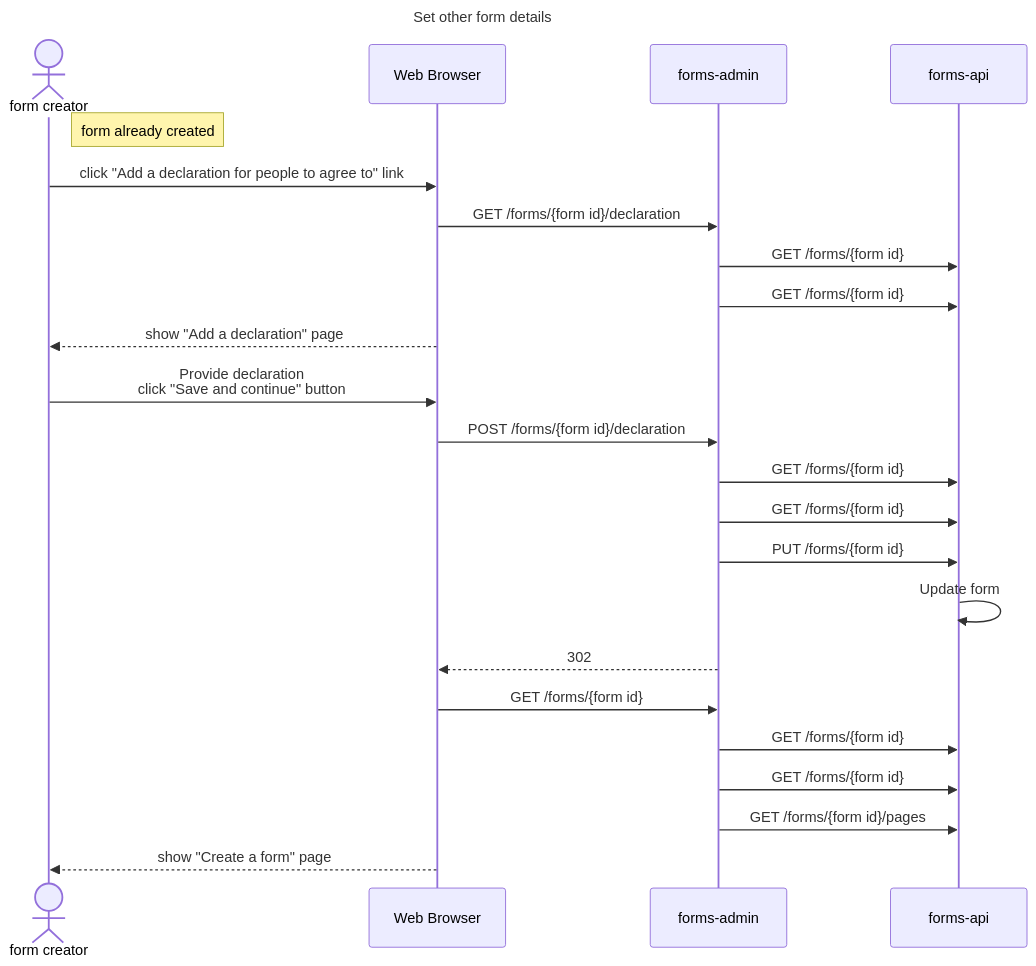
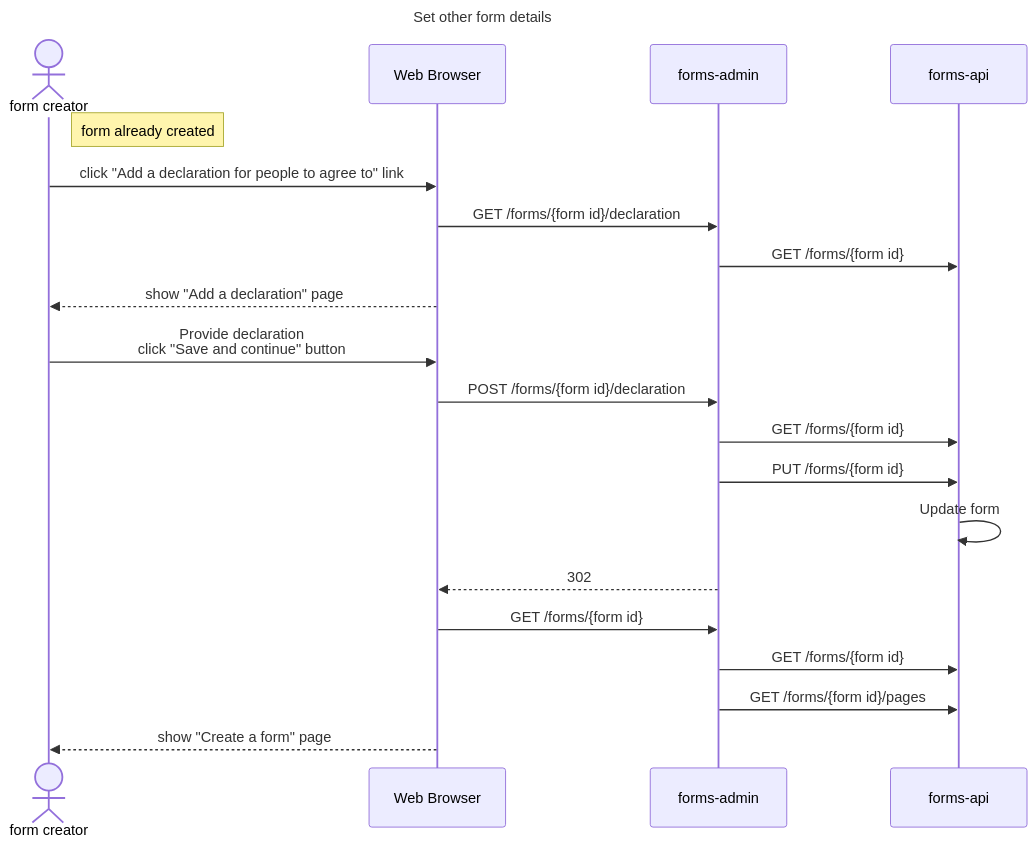
Before and after one commit to alphagov/forms: the third of 5 diagrams in diagrams/sequence-diagrams/creating-a-form.md, drawn with Mermaid. The commit also changed other lines of this file and 2 other files, not shown here.

Commit message:
Remove duplicate requests between forms-admin and forms-api due to authorisation checks

````diff
--- a/diagrams/sequence-diagrams/creating-a-form.md
+++ b/diagrams/sequence-diagrams/creating-a-form.md
@@ -83,30 +79,28 @@
 ```mermaid
 sequenceDiagram
   title Set other form details
   actor user as form creator
   participant browser as Web Browser
   participant admin as forms-admin
   link admin: GitHub repo @ https://github.com/alphagov/forms-admin
   participant api as forms-api
   link api: GitHub repo @ https://github.com/alphagov/forms-api
 
   note right of user: form already created
 
   user->>browser: click "Add a declaration for people to agree to" link
   browser->>admin: GET /forms/{form id}/declaration
-  admin->>api: GET /forms/{form id}
+
   admin->>api: GET /forms/{form id}
   browser-->>user: show "Add a declaration" page
   user->>browser: Provide declaration<br />click "Save and continue" button
   browser->>admin: POST /forms/{form id}/declaration
-  admin->>api: GET /forms/{form id}
   admin->>api: GET /forms/{form id}
   admin->>api: PUT /forms/{form id}
   api->>api: Update form
   admin-->>browser: 302
   browser->>admin: GET /forms/{form id}
   admin->>api: GET /forms/{form id}
-  admin->>api: GET /forms/{form id}
   admin->>api: GET /forms/{form id}/pages
   browser-->>user: show "Create a form" page
 ```
````
